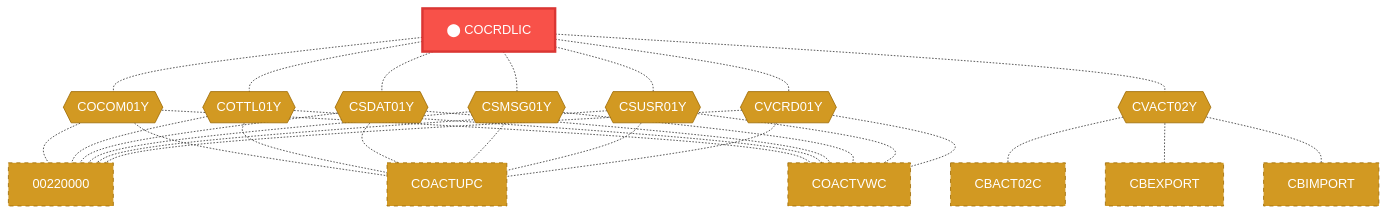
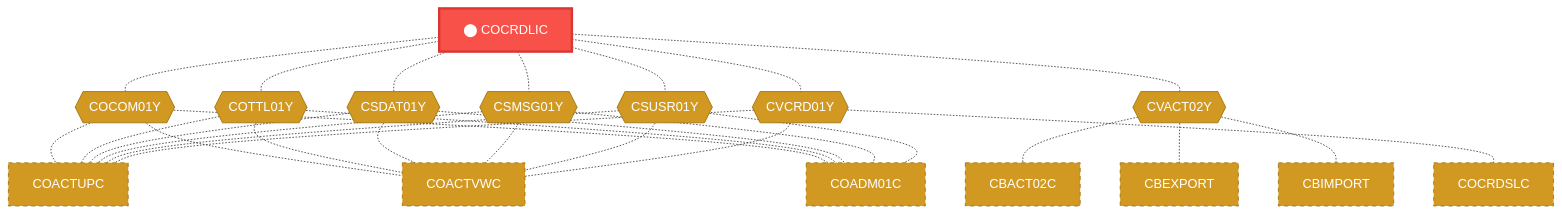
Before and after one commit to Arun973150/new_doc: the first of 2 diagrams in Unisys_doc-main/doc_demo/docs/programs/COCRDLIC.md, drawn with Mermaid. The commit also changed other lines of this file and 609 other files, not shown here.

````diff
--- a/Unisys_doc-main/doc_demo/docs/programs/COCRDLIC.md
+++ b/Unisys_doc-main/doc_demo/docs/programs/COCRDLIC.md
@@ -57,66 +57,66 @@
 ```mermaid
 flowchart TD
     COCRDLIC["⬤ COCRDLIC"]:::target
     CB_COCOM01Y{{"COCOM01Y"}}:::copybook
     COCRDLIC -.- CB_COCOM01Y
-    00220000["00220000"]:::coupled
-    CB_COCOM01Y -.- 00220000
     COACTUPC["COACTUPC"]:::coupled
     CB_COCOM01Y -.- COACTUPC
     COACTVWC["COACTVWC"]:::coupled
     CB_COCOM01Y -.- COACTVWC
+    COADM01C["COADM01C"]:::coupled
+    CB_COCOM01Y -.- COADM01C
     CB_COTTL01Y{{"COTTL01Y"}}:::copybook
     COCRDLIC -.- CB_COTTL01Y
-    00220000["00220000"]:::coupled
-    CB_COTTL01Y -.- 00220000
     COACTUPC["COACTUPC"]:::coupled
     CB_COTTL01Y -.- COACTUPC
     COACTVWC["COACTVWC"]:::coupled
     CB_COTTL01Y -.- COACTVWC
+    COADM01C["COADM01C"]:::coupled
+    CB_COTTL01Y -.- COADM01C
     CB_CSDAT01Y{{"CSDAT01Y"}}:::copybook
     COCRDLIC -.- CB_CSDAT01Y
-    00220000["00220000"]:::coupled
-    CB_CSDAT01Y -.- 00220000
     COACTUPC["COACTUPC"]:::coupled
     CB_CSDAT01Y -.- COACTUPC
     COACTVWC["COACTVWC"]:::coupled
     CB_CSDAT01Y -.- COACTVWC
+    COADM01C["COADM01C"]:::coupled
+    CB_CSDAT01Y -.- COADM01C
     CB_CSMSG01Y{{"CSMSG01Y"}}:::copybook
     COCRDLIC -.- CB_CSMSG01Y
-    00220000["00220000"]:::coupled
-    CB_CSMSG01Y -.- 00220000
     COACTUPC["COACTUPC"]:::coupled
     CB_CSMSG01Y -.- COACTUPC
     COACTVWC["COACTVWC"]:::coupled
     CB_CSMSG01Y -.- COACTVWC
+    COADM01C["COADM01C"]:::coupled
+    CB_CSMSG01Y -.- COADM01C
     CB_CSUSR01Y{{"CSUSR01Y"}}:::copybook
     COCRDLIC -.- CB_CSUSR01Y
-    00220000["00220000"]:::coupled
-    CB_CSUSR01Y -.- 00220000
     COACTUPC["COACTUPC"]:::coupled
     CB_CSUSR01Y -.- COACTUPC
     COACTVWC["COACTVWC"]:::coupled
     CB_CSUSR01Y -.- COACTVWC
+    COADM01C["COADM01C"]:::coupled
+    CB_CSUSR01Y -.- COADM01C
     CB_CVACT02Y{{"CVACT02Y"}}:::copybook
     COCRDLIC -.- CB_CVACT02Y
     CBACT02C["CBACT02C"]:::coupled
     CB_CVACT02Y -.- CBACT02C
     CBEXPORT["CBEXPORT"]:::coupled
     CB_CVACT02Y -.- CBEXPORT
     CBIMPORT["CBIMPORT"]:::coupled
     CB_CVACT02Y -.- CBIMPORT
     CB_CVCRD01Y{{"CVCRD01Y"}}:::copybook
     COCRDLIC -.- CB_CVCRD01Y
-    00220000["00220000"]:::coupled
-    CB_CVCRD01Y -.- 00220000
     COACTUPC["COACTUPC"]:::coupled
     CB_CVCRD01Y -.- COACTUPC
     COACTVWC["COACTVWC"]:::coupled
     CB_CVCRD01Y -.- COACTVWC
+    COCRDSLC["COCRDSLC"]:::coupled
+    CB_CVCRD01Y -.- COCRDSLC
     classDef target fill:#f85149,stroke:#da3633,color:#fff,stroke-width:3px
     classDef caller fill:#58a6ff,stroke:#1f6feb,color:#fff
     classDef callee fill:#3fb950,stroke:#238636,color:#fff
     classDef copybook fill:#d29922,stroke:#9e6a03,color:#fff
     classDef coupled fill:#d29922,stroke:#9e6a03,color:#fff,stroke-dasharray:5
     classDef transitive fill:#484f58,stroke:#8b949e,color:#c9d1d9,stroke-dasharray:5
 ```
````
